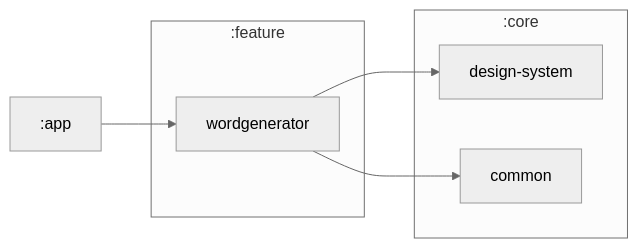
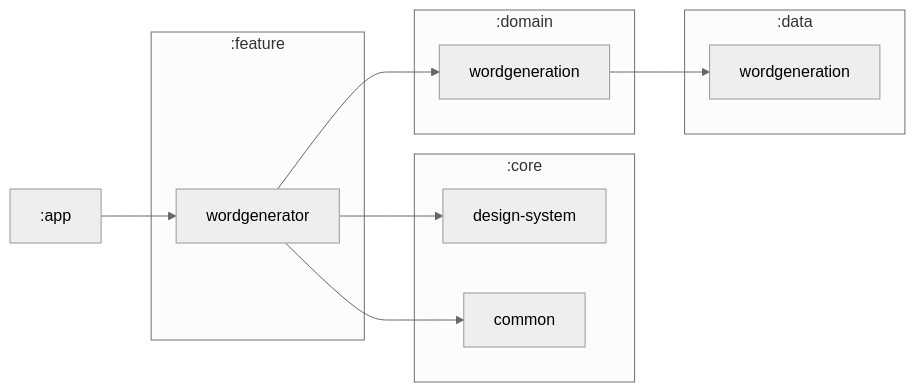
Before and after one commit to IrinUvis/yuzu: the diagram in documentation/module-graph.md, drawn with Mermaid.

Commit message:
Update module dependency graph

````diff
--- a/documentation/module-graph.md
+++ b/documentation/module-graph.md
@@ -3,19 +3,27 @@
 ```mermaid
 %%{
   init: {
     'theme': 'neutral'
   }
 }%%
 
 graph LR
   subgraph :core
     :core:design-system["design-system"]
     :core:common["common"]
   end
+  subgraph :data
+    :data:wordgeneration["wordgeneration"]
+  end
+  subgraph :domain
+    :domain:wordgeneration["wordgeneration"]
+  end
   subgraph :feature
     :feature:wordgenerator["wordgenerator"]
   end
+  :domain:wordgeneration --> :data:wordgeneration
   :app --> :feature:wordgenerator
   :feature:wordgenerator --> :core:design-system
+  :feature:wordgenerator --> :domain:wordgeneration
   :feature:wordgenerator --> :core:common
 ```
````
